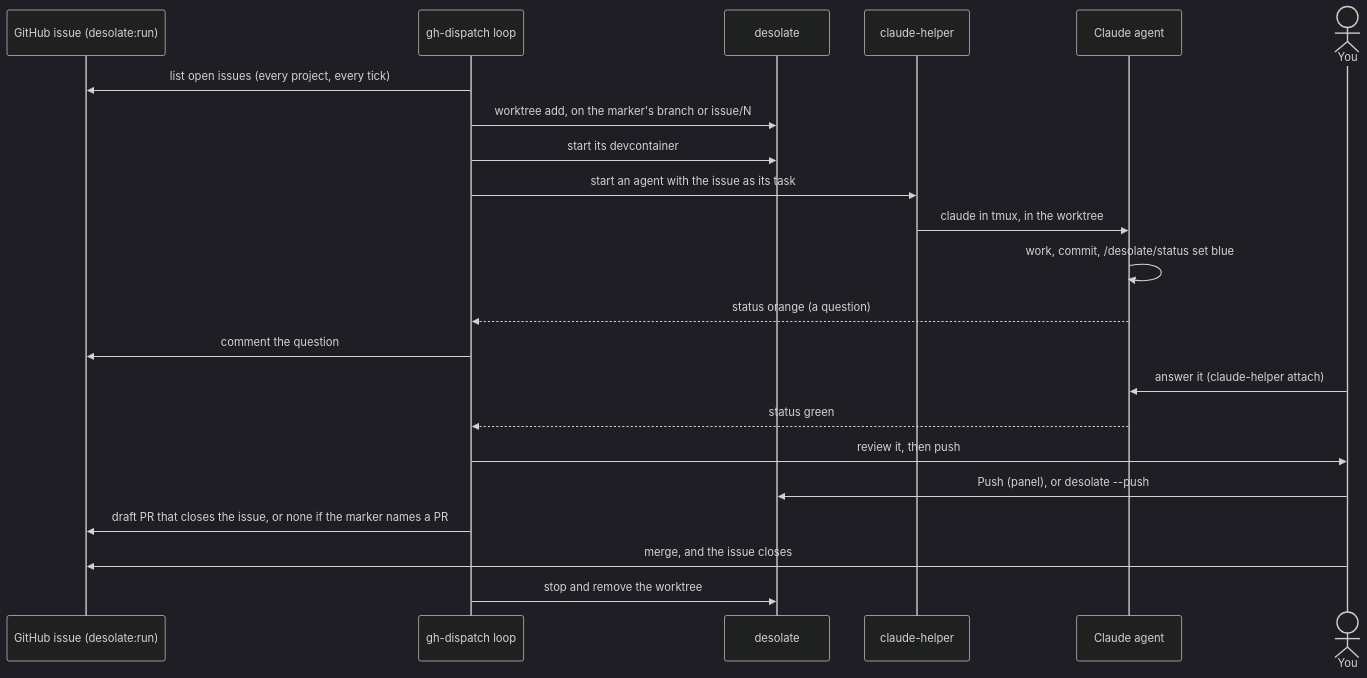
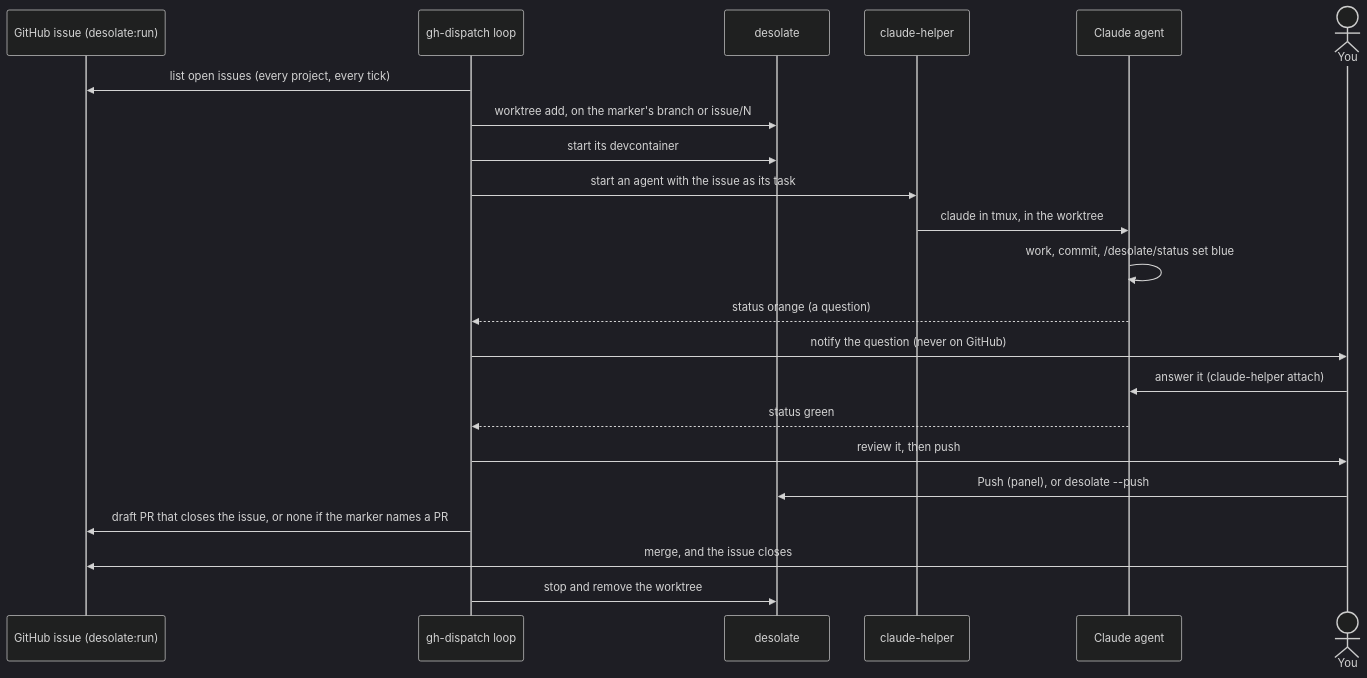
The second of 2 diagrams in examples/factory/README.md (pmalacho-mit/isolated-devcontainers-suede), drawn with Mermaid (dark theme) before and after one commit. The commit also changed other lines of this file and 5 other files, not shown here.

First line of the commit message:
dispatcher: no agent's words on GitHub; a refused removal says why

````diff
--- a/examples/factory/README.md
+++ b/examples/factory/README.md
@@ -57,24 +57,24 @@
 ```mermaid
 sequenceDiagram
   participant I as GitHub issue (desolate:run)
   participant L as gh-dispatch loop
   participant S as desolate
   participant H as claude-helper
   participant A as Claude agent
   actor You
   L->>I: list open issues (every project, every tick)
   L->>S: worktree add, on the marker's branch or issue/N
   L->>S: start its devcontainer
   L->>H: start an agent with the issue as its task
   H->>A: claude in tmux, in the worktree
   A->>A: work, commit, /desolate/status set blue
   A-->>L: status orange (a question)
-  L->>I: comment the question
+  L->>You: notify the question (never on GitHub)
   You->>A: answer it (claude-helper attach)
   A-->>L: status green
   L->>You: review it, then push
   You->>S: Push (panel), or desolate --push
   L->>I: draft PR that closes the issue, or none if the marker names a PR
   You->>I: merge, and the issue closes
   L->>S: stop and remove the worktree
 ```
````
